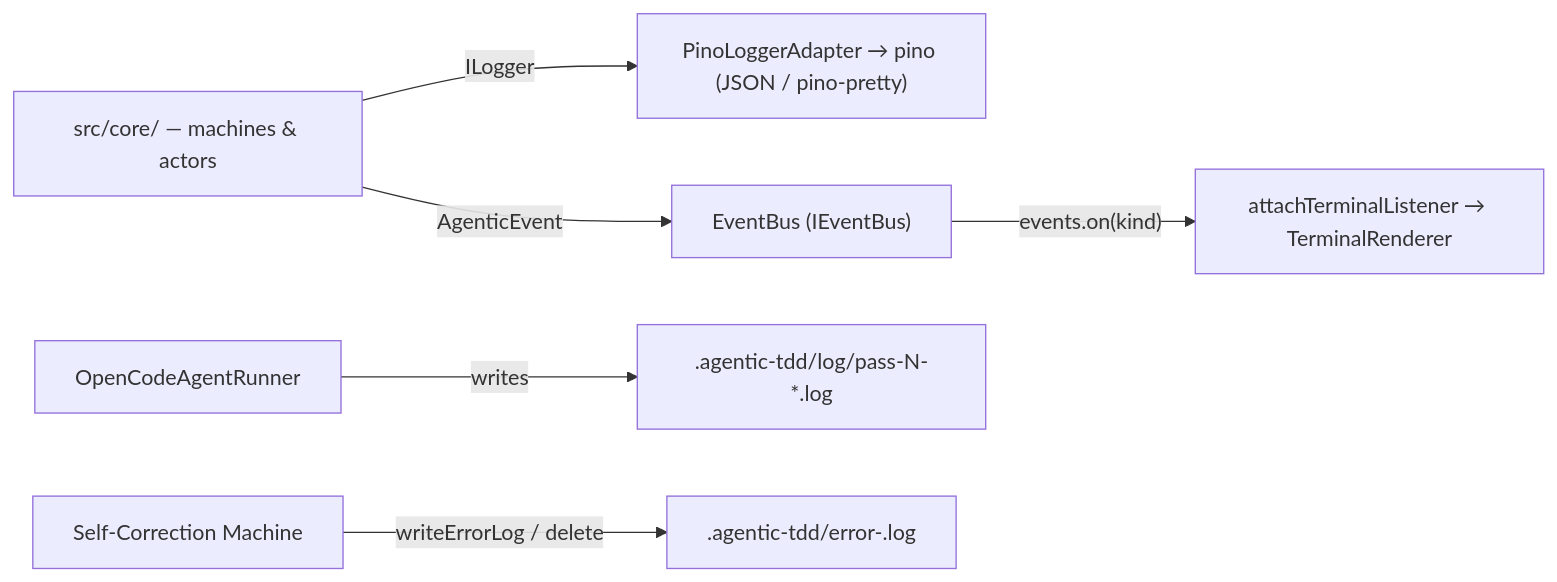
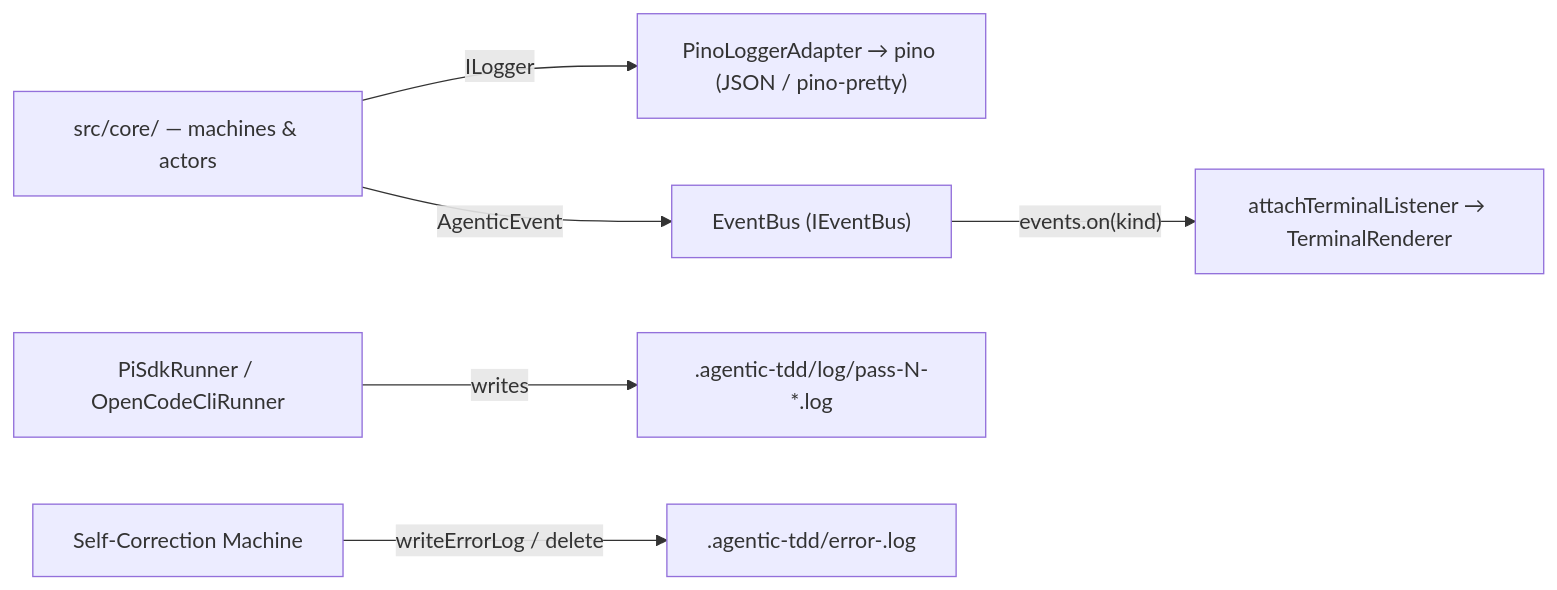
Before and after one commit to Nistapp/agentic-tdd: the diagram in docs/architecture/contributor-deep-dive/06-observability-operations.md, drawn with Mermaid. The commit also changed other lines of this file and 15 other files, not shown here.

Commit message:
chore(ai): pass-7 – docs: align deep-dive + setup docs with Pi-default agent-agnostic architecture

````diff
--- a/docs/architecture/contributor-deep-dive/06-observability-operations.md
+++ b/docs/architecture/contributor-deep-dive/06-observability-operations.md
@@ -18,8 +18,8 @@
 ```mermaid
 graph LR
     Core["src/core/ — machines & actors"] -->|"ILogger"| Pino["PinoLoggerAdapter → pino (JSON / pino-pretty)"]
     Core -->|"AgenticEvent"| Bus["EventBus (IEventBus)"]
     Bus -->|"events.on(kind)"| UI["attachTerminalListener → TerminalRenderer"]
-    Runner["OpenCodeAgentRunner"] -->|"writes"| PassLog[".agentic-tdd/log/pass-N-*.log"]
+    Runner["PiSdkRunner / OpenCodeCliRunner"] -->|"writes"| PassLog[".agentic-tdd/log/pass-N-*.log"]
     Machine["Self-Correction Machine"] -->|"writeErrorLog / delete"| ErrLog[".agentic-tdd/error-<feature>.log"]
 ```
````
